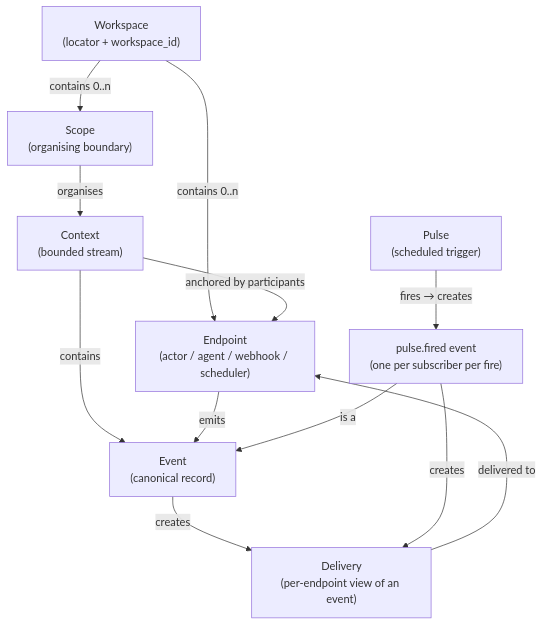
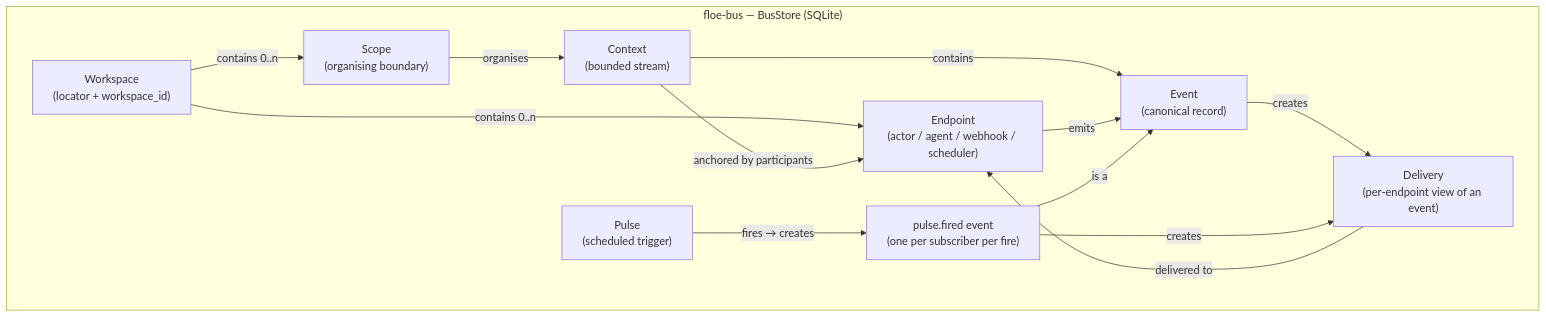
Before and after one commit to floe-ai/floe-subtrate: the second of 12 diagrams in docs/architecture/overview.md, drawn with Mermaid. The commit also changed other lines of this file, not shown here.

First line of the commit message:
docs(arch): sharpen domain boundaries per revision-1

````diff
--- a/docs/architecture/overview.md
+++ b/docs/architecture/overview.md
@@ -36,23 +90,25 @@
 ```mermaid
 graph TD
-    WS["Workspace\n(locator + workspace_id)"]
-    SC["Scope\n(organising boundary)"]
-    CTX["Context\n(bounded stream)"]
-    EP["Endpoint\n(actor / agent / webhook / scheduler)"]
-    EV["Event\n(canonical record)"]
-    DEL["Delivery\n(per-endpoint view of an event)"]
-    PL["Pulse\n(scheduled trigger)"]
-    PF["pulse.fired event\n(one per subscriber per fire)"]
+    subgraph BUS["floe-bus — BusStore (SQLite)"]
+        WS["Workspace\n(locator + workspace_id)"]
+        SC["Scope\n(organising boundary)"]
+        CTX["Context\n(bounded stream)"]
+        EP["Endpoint\n(actor / agent / webhook / scheduler)"]
+        EV["Event\n(canonical record)"]
+        DEL["Delivery\n(per-endpoint view of an event)"]
+        PL["Pulse\n(scheduled trigger)"]
+        PF["pulse.fired event\n(one per subscriber per fire)"]
+    end
 
     WS -->|"contains 0..n"| SC
     WS -->|"contains 0..n"| EP
     SC -->|"organises"| CTX
     CTX -->|"anchored by participants"| EP
     CTX -->|"contains"| EV
     EP -->|"emits"| EV
     EV -->|"creates"| DEL
     DEL -->|"delivered to"| EP
     PL -->|"fires → creates"| PF
     PF -->|"is a"| EV
     PF -->|"creates"| DEL
 ```
````
